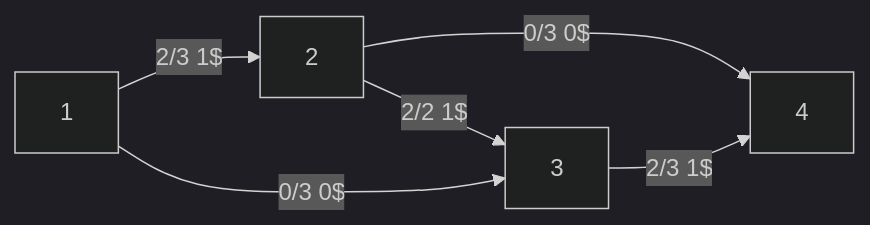
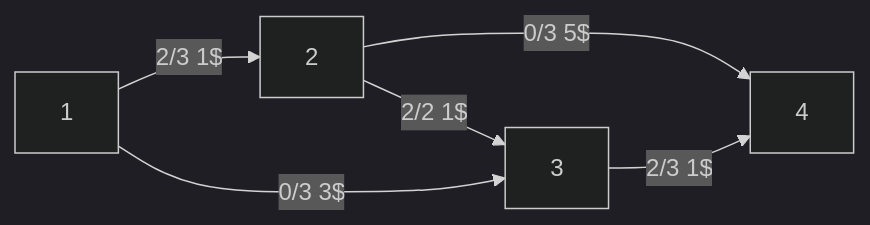
Before and after one commit to SuperSamus/appunti-universitari: the third of 4 diagrams in Ricerca operativa/Problemi di ottimizzazione/Esempi/Esempio ottimizzazione flusso di costo minimo.md, drawn with Mermaid (dark theme). The commit also changed other lines of this file and 1 other file, not shown here.

````diff
--- a/Ricerca operativa/Problemi di ottimizzazione/Esempi/Esempio ottimizzazione flusso di costo minimo.md
+++ b/Ricerca operativa/Problemi di ottimizzazione/Esempi/Esempio ottimizzazione flusso di costo minimo.md
@@ -45,8 +45,8 @@
 ```mermaid
 flowchart LR
 1 --> |2/3 1$| 2
 2 --> |2/2 1$| 3
-1 --> |0/3 0$| 3
-2 --> |0/3 0$| 4
+1 --> |0/3 3$| 3
+2 --> |0/3 5$| 4
 3 --> |2/3 1$| 4
 ```
````
